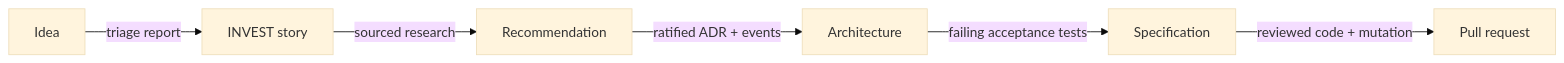
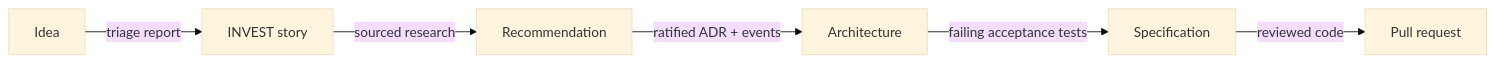
One commit to SebastienDegodez/skraft-plugin changed the diagram in docs/website/docs/explanation/pipeline/fil-rouge.md. Above: the diagram before and after it, drawn with Mermaid (base theme). The commit also changed other lines of this file and 48 other files, not shown here.

````diff
--- a/docs/website/docs/explanation/pipeline/fil-rouge.md
+++ b/docs/website/docs/explanation/pipeline/fil-rouge.md
@@ -29,8 +29,8 @@
 ```mermaid
 graph LR
     A[Idea] -->|triage report| B[INVEST story]
     B -->|sourced research| R[Recommendation]
     R -->|ratified ADR + events| C[Architecture]
     C -->|failing acceptance tests| D[Specification]
-    D -->|reviewed code + mutation| E[Pull request]
+    D -->|reviewed code| E[Pull request]
 ```
````
